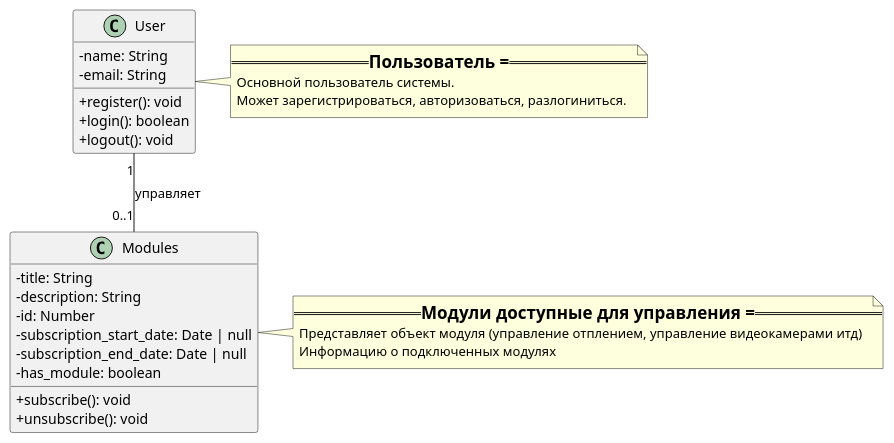
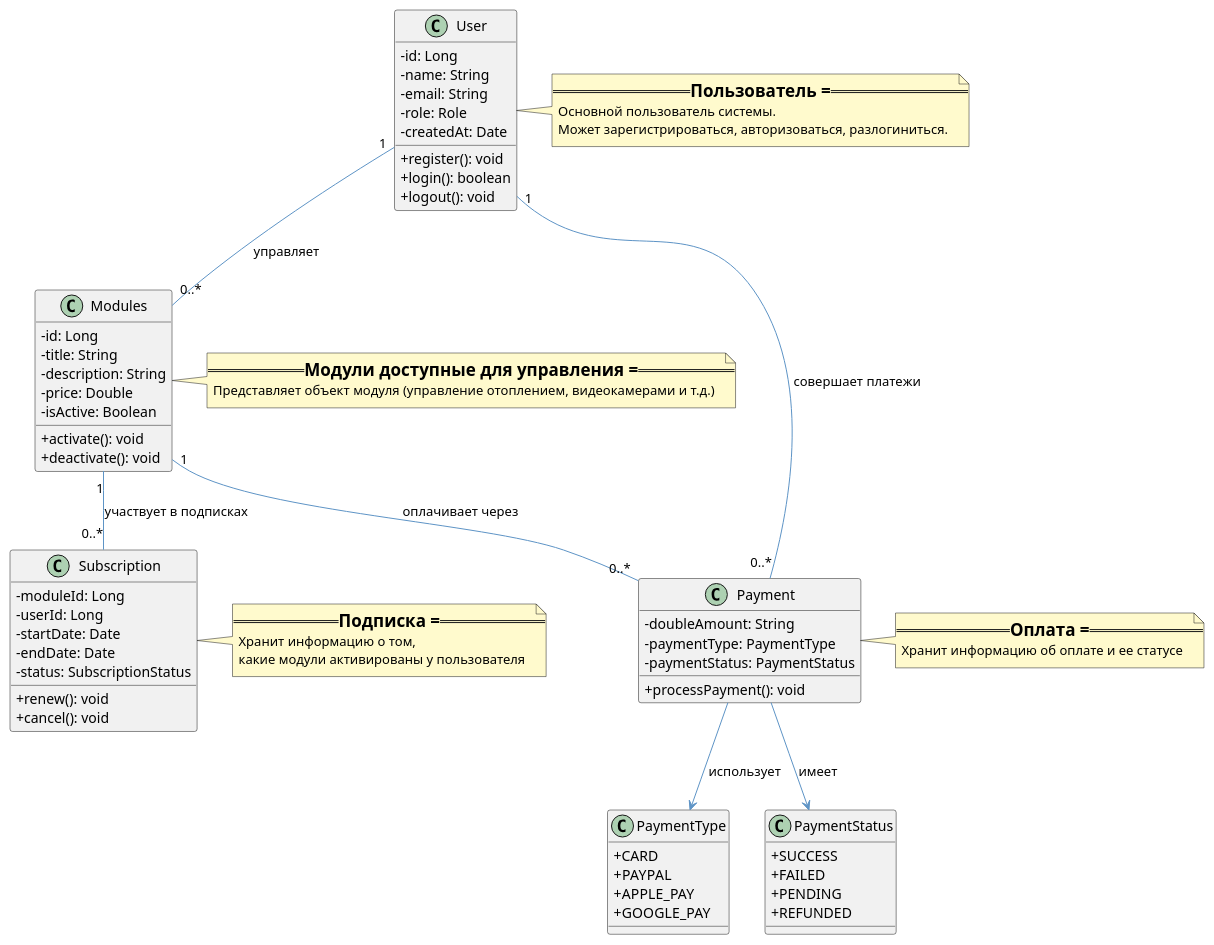
The diagram in schemas/code_diagram/code_diagram.puml (fluffybone/yandex-architecture-warmhouse), drawn with PlantUML before and after one commit. The commit also changed 8 other files, not shown here.

Commit message:
warmhouse: fixed diagram

```diff
--- a/schemas/code_diagram/code_diagram.puml
+++ b/schemas/code_diagram/code_diagram.puml
@@ -1,42 +1,98 @@
 @startuml diagram_code
 skinparam classAttributeIconSize 0
+skinparam noteBackgroundColor #FFFACD
+skinparam arrowColor #5E94C6
+
+' === КЛАССЫ === '
 
 class User {
+  - id: Long
   - name: String
   - email: String
+  - role: Role
+  - createdAt: Date
 
   + register(): void
   + login(): boolean
   + logout(): void
 }
 
 class Modules {
+  - id: Long
   - title: String
   - description: String
-  - id: Number
-  - subscription_start_date: Date | null
-  - subscription_end_date: Date | null
-  - has_module: boolean
+  - price: Double
+  - isActive: Boolean
 
-  + subscribe(): void
-  + unsubscribe(): void
+  + activate(): void
+  + deactivate(): void
 }
 
+class Subscription {
+  - moduleId: Long
+  - userId: Long
+  - startDate: Date
+  - endDate: Date
+  - status: SubscriptionStatus
 
-' Связи между классами
-User "1" -- "0..1" Modules : управляет
+  + renew(): void
+  + cancel(): void
+}
+
+class Payment {
+  - doubleAmount: String
+  - paymentType: PaymentType
+  - paymentStatus: PaymentStatus
+  + processPayment(): void
+}
+
+class PaymentType {
+  + CARD
+  + PAYPAL
+  + APPLE_PAY
+  + GOOGLE_PAY
+}
+
+class PaymentStatus {
+  + SUCCESS
+  + FAILED
+  + PENDING
+  + REFUNDED
+}
+
+' === ОТНОШЕНИЯ === '
+
+User "1" -- "0..*" Modules : управляет
+Modules "1" -- "0..*" Subscription : участвует в подписках
+Modules "1" -- "0..*" Payment : оплачивает через
+User "1" -- "0..*" Payment : совершает платежи
+
+Payment --> PaymentType : использует
+Payment --> PaymentStatus : имеет
+
+' === ENUM и ПРИМЕЧАНИЯ === '
 
 note right of User
   === Пользователь ===
   Основной пользователь системы.
   Может зарегистрироваться, авторизоваться, разлогиниться.
 end note
 
 note right of Modules
   === Модули доступные для управления ===
-  Представляет объект модуля (управление отплением, управление видеокамерами итд)
-  Информацию о подключенных модулях
+  Представляет объект модуля (управление отоплением, видеокамерами и т.д.)
+end note
+
+note right of Subscription
+  === Подписка ===
+  Хранит информацию о том,
+  какие модули активированы у пользователя
+end note
+
+note right of Payment
+  === Оплата ===
+  Хранит информацию об оплате и ее статусе
 end note
 
 
 @enduml
```
